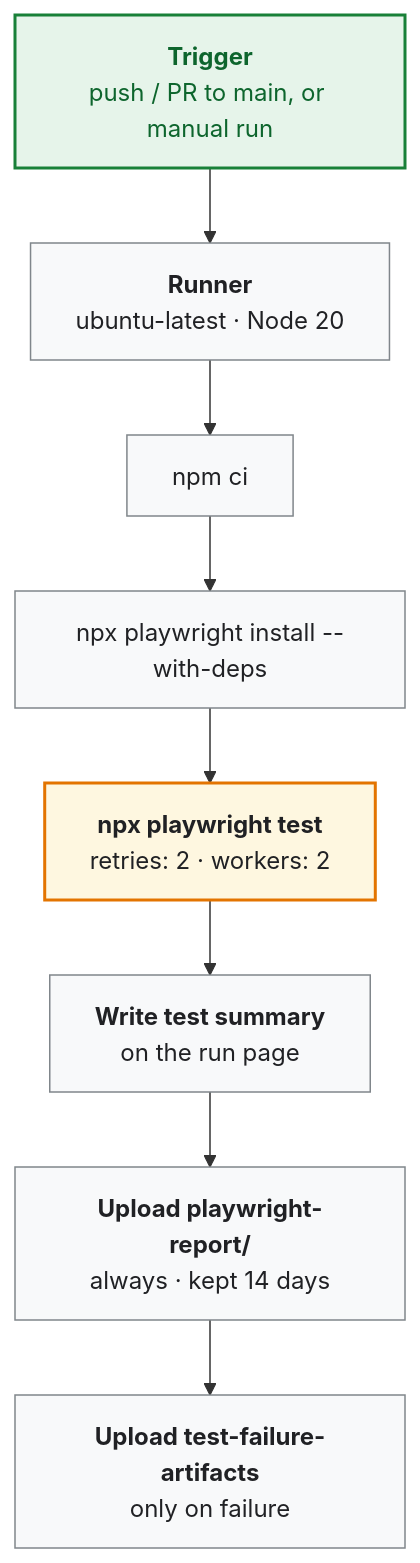
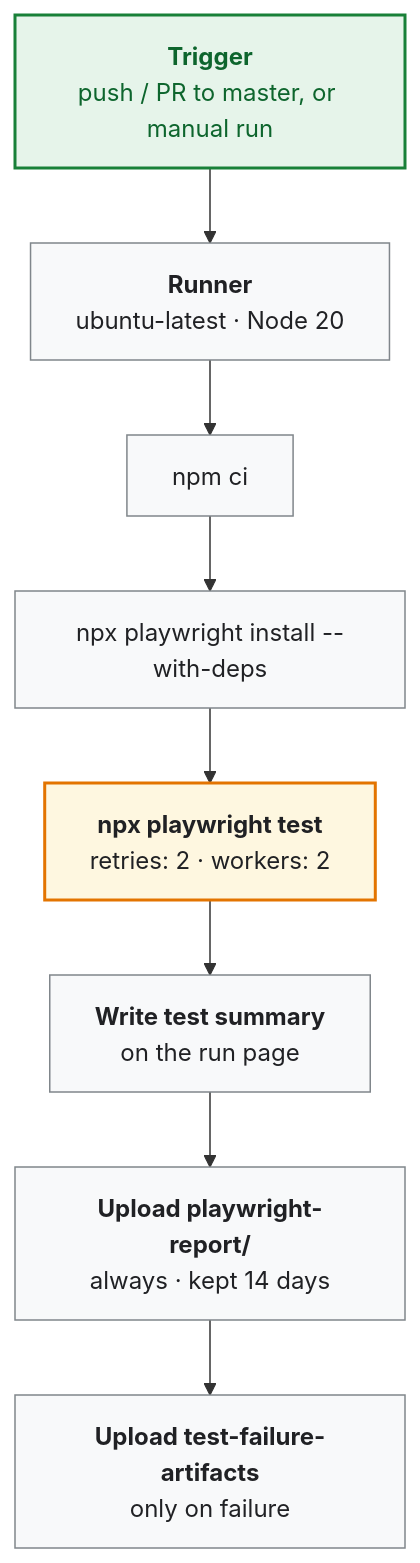
Before and after one commit to rupeshpjadhav/QA_End2End_UsingPlaywrightAgents: the third of 4 diagrams in README.md, drawn with Mermaid. The commit also changed other lines of this file, not shown here.

````diff
--- a/README.md
+++ b/README.md
@@ -312,19 +312,19 @@
 ```mermaid
 flowchart TB
-    T["<b>Trigger</b><br/>push / PR to main, or manual run"]
+    T["<b>Trigger</b><br/>push / PR to master, or manual run"]
     J["<b>Runner</b><br/>ubuntu-latest · Node 20"]
     S1["npm ci"]
     S2["npx playwright install --with-deps"]
     S3["<b>npx playwright test</b><br/>retries: 2 · workers: 2"]
     S4["<b>Write test summary</b><br/>on the run page"]
     S5["<b>Upload playwright-report/</b><br/>always · kept 14 days"]
     S6["<b>Upload test-failure-artifacts</b><br/>only on failure"]
     T --> J --> S1 --> S2 --> S3 --> S4 --> S5 --> S6
 
     classDef trig fill:#E6F4EA,stroke:#188038,stroke-width:2px,color:#0D652D
     classDef step fill:#F8F9FA,stroke:#80868B,color:#202124
     classDef key fill:#FEF7E0,stroke:#E37400,stroke-width:2px,color:#202124
     class T trig
     class J,S1,S2,S4,S5,S6 step
     class S3 key
 ```
````
